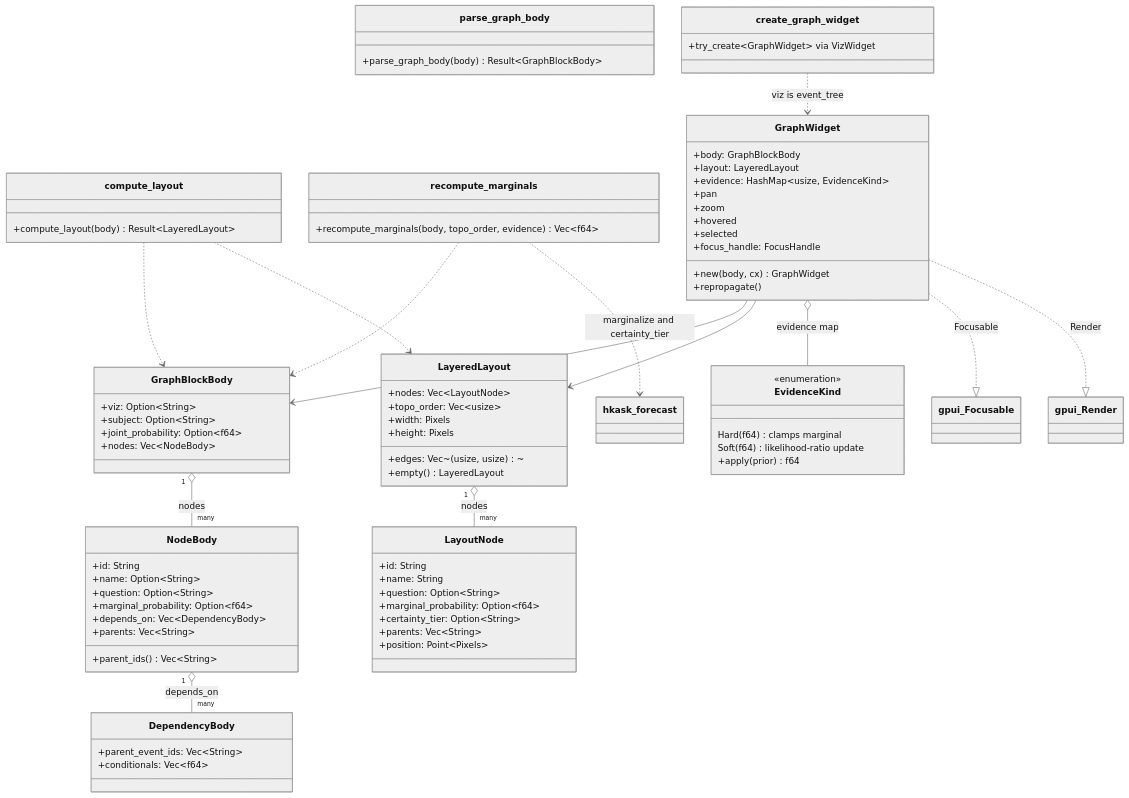
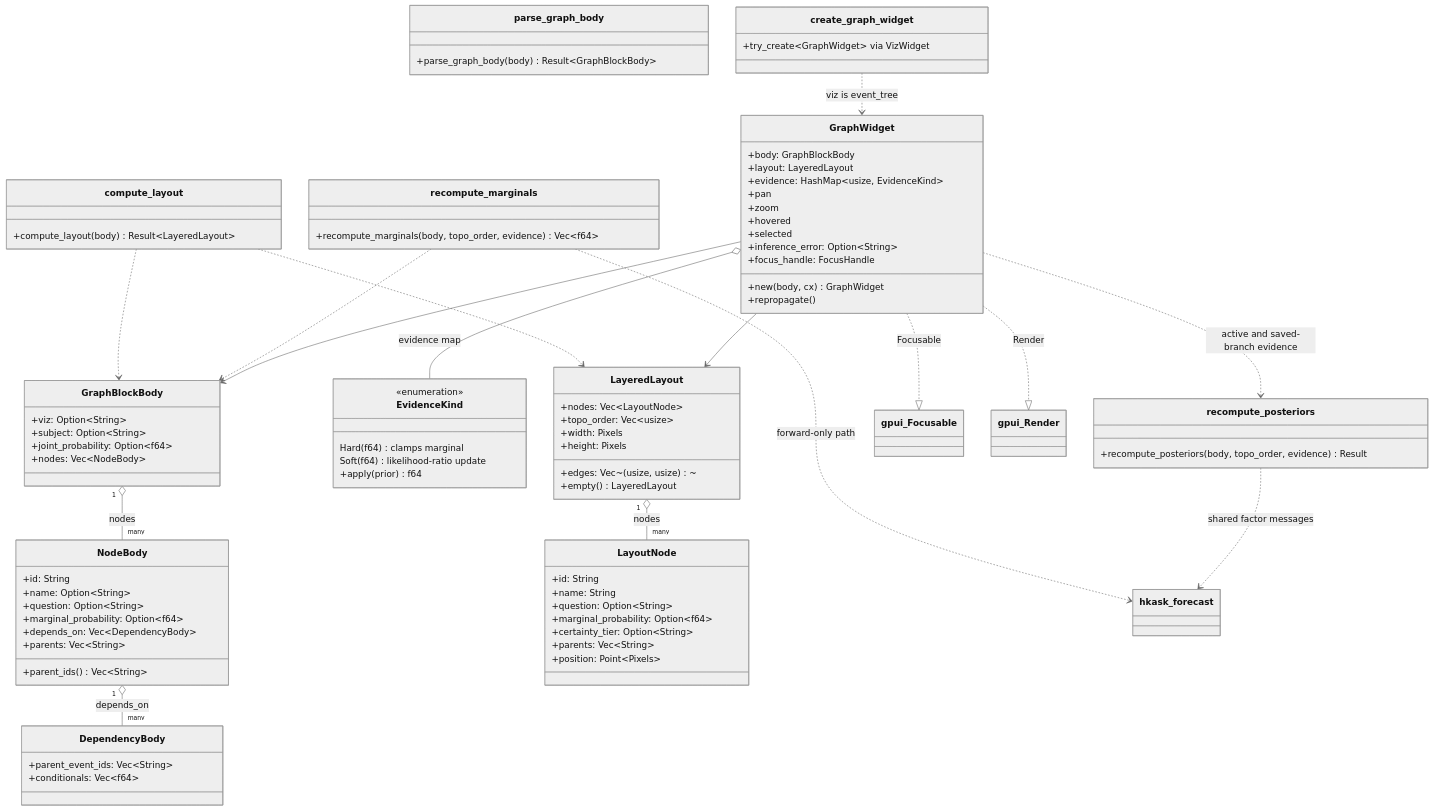
One commit to mdz-axo/zed-kask changed the first of 6 diagrams in kask/docs/diagrams/ui-widgets.md. Above: the diagram before and after it, drawn with Mermaid (neutral theme). The commit also changed other lines of this file and 8 other files, not shown here.

First line of the commit message:
Fix polytree inference with edge-excluding messages

```diff
--- a/kask/docs/diagrams/ui-widgets.md
+++ b/kask/docs/diagrams/ui-widgets.md
@@ -101,6 +101,9 @@
     class recompute_marginals {
         +recompute_marginals(body, topo_order, evidence) Vec~f64~
     }
+    class recompute_posteriors {
+        +recompute_posteriors(body, topo_order, evidence) Result
+    }
     class GraphWidget {
         +body: GraphBlockBody
         +layout: LayeredLayout
@@ -109,6 +112,7 @@
         +zoom
         +hovered
         +selected
+        +inference_error: Option~String~
         +focus_handle: FocusHandle
         +new(body, cx) GraphWidget
         +repropagate()
@@ -123,7 +127,9 @@
     compute_layout ..> GraphBlockBody
     compute_layout ..> LayeredLayout
     recompute_marginals ..> GraphBlockBody
-    recompute_marginals ..> hkask_forecast : marginalize and certainty_tier
+    recompute_marginals ..> hkask_forecast : forward-only path
+    recompute_posteriors ..> hkask_forecast : shared factor messages
+    GraphWidget ..> recompute_posteriors : active and saved-branch evidence
     GraphWidget --> GraphBlockBody
     GraphWidget --> LayeredLayout
     GraphWidget o-- EvidenceKind : evidence map
```
